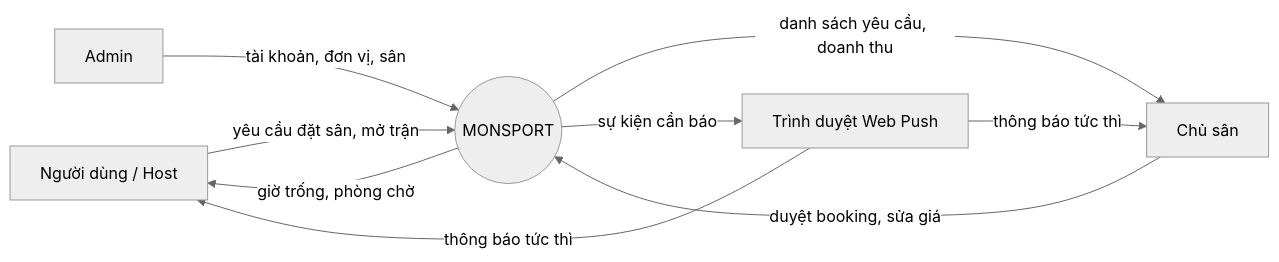
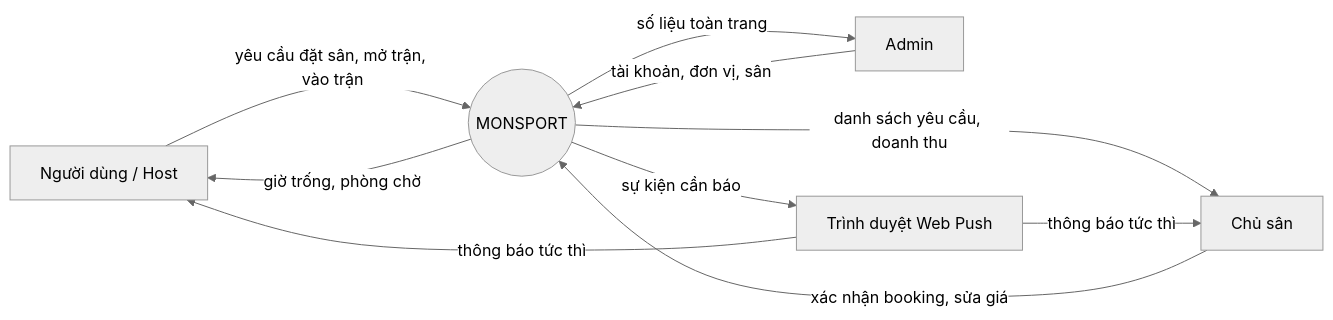
Before and after one commit to Tlerd/MON-Sport: the first of 9 diagrams in docs/requirements/models.md, drawn with Mermaid (neutral theme). The commit also changed other lines of this file, not shown here.

````diff
--- a/docs/requirements/models.md
+++ b/docs/requirements/models.md
@@ -16,16 +16,17 @@
 ```mermaid
 flowchart LR
     NguoiDung[Người dùng / Host]
     ChuSan[Chủ sân]
     Admin[Admin]
     PushService[Trình duyệt Web Push]
     MS((MONSPORT))
-    NguoiDung -- yêu cầu đặt sân, mở trận --> MS
+    NguoiDung -- yêu cầu đặt sân, mở trận, vào trận --> MS
     MS -- giờ trống, phòng chờ --> NguoiDung
-    ChuSan -- duyệt booking, sửa giá --> MS
+    ChuSan -- xác nhận booking, sửa giá --> MS
     MS -- danh sách yêu cầu, doanh thu --> ChuSan
     Admin -- tài khoản, đơn vị, sân --> MS
+    MS -- số liệu toàn trang --> Admin
     MS -- sự kiện cần báo --> PushService
     PushService -- thông báo tức thì --> NguoiDung
     PushService -- thông báo tức thì --> ChuSan
 ```
````
